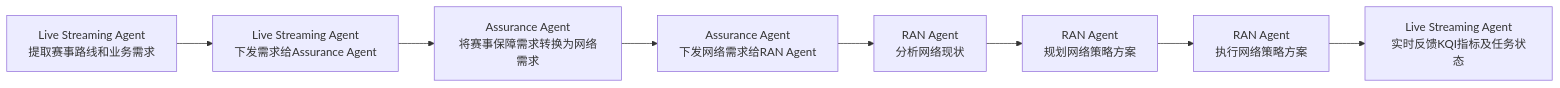
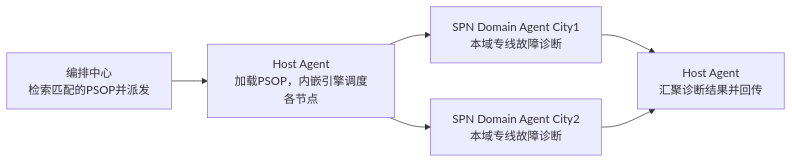
One commit to project-openan/docs changed the diagram in zh/快速入门.md. Above: the diagram before and after it, drawn with Mermaid. The commit also changed other lines of this file and 8 other files, not shown here.

````diff
--- a/zh/快速入门.md
+++ b/zh/快速入门.md
@@ -998,10 +1040,8 @@
 ```mermaid
  	 flowchart LR
- 	     A[Live Streaming Agent<br/>提取赛事路线和业务需求] --> B[Live Streaming Agent<br/>下发需求给Assurance Agent]
- 	     B --> C[Assurance Agent<br/>将赛事保障需求转换为网络需求]
- 	     C --> D[Assurance Agent<br/>下发网络需求给RAN Agent]
- 	     D --> E[RAN Agent<br/>分析网络现状]
- 	     E --> F[RAN Agent<br/>规划网络策略方案]
- 	     F --> G[RAN Agent<br/>执行网络策略方案]
- 	     G --> H[Live Streaming Agent<br/>实时反馈KQI指标及任务状态]
- ```
+ 	     A[编排中心<br/>检索匹配的PSOP并派发] --> B[Host Agent<br/>加载PSOP，内嵌引擎调度各节点]
+ 	     B --> C[SPN Domain Agent City1<br/>本域专线故障诊断]
+ 	     B --> D[SPN Domain Agent City2<br/>本域专线故障诊断]
+ 	     C --> E[Host Agent<br/>汇聚诊断结果并回传]
+ 	     D --> E
+```
````
